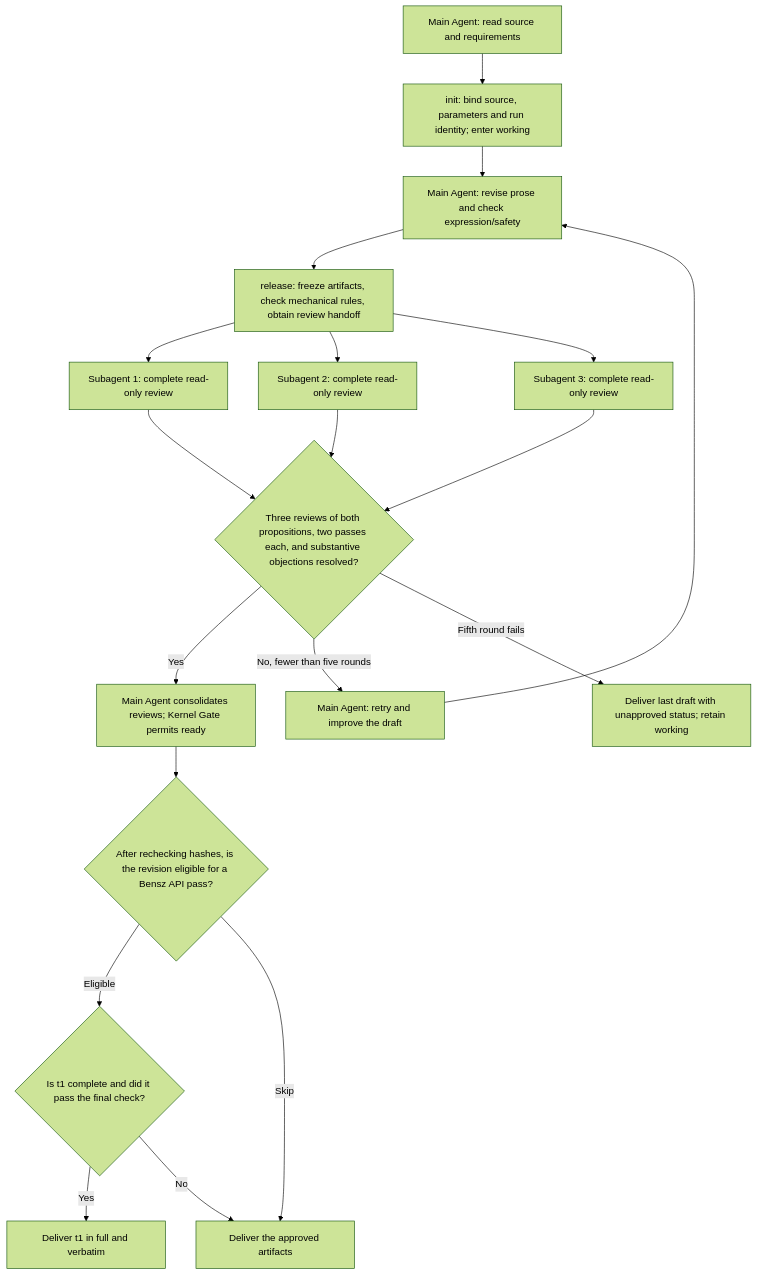
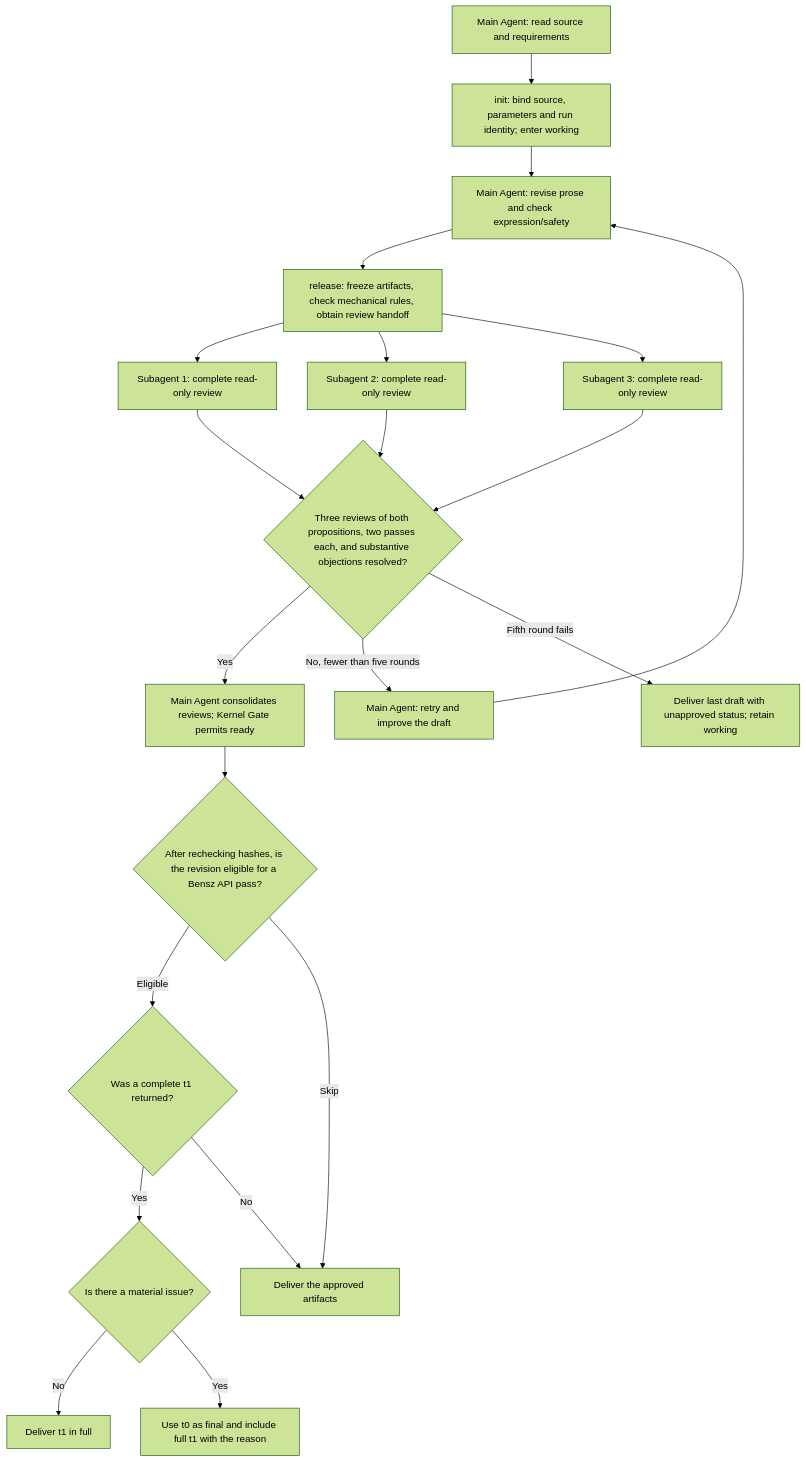
Before and after one commit to huangwb8/skills: the diagram in skills/alpha/humanization/README_EN.md, drawn with Mermaid (forest theme). The commit also changed other lines of this file and 28 other files, not shown here.

````diff
--- a/skills/alpha/humanization/README_EN.md
+++ b/skills/alpha/humanization/README_EN.md
@@ -40,21 +40,23 @@
 ```mermaid
 flowchart TD
     A["Main Agent: read source and requirements"] --> B["init: bind source, parameters and run identity; enter working"]
     B --> C["Main Agent: revise prose and check expression/safety"]
     C --> D["release: freeze artifacts, check mechanical rules, obtain review handoff"]
     D --> R1["Subagent 1: complete read-only review"]
     D --> R2["Subagent 2: complete read-only review"]
     D --> R3["Subagent 3: complete read-only review"]
     R1 --> Q{"Three reviews of both propositions, two passes each, and substantive objections resolved?"}
     R2 --> Q
     R3 --> Q
     Q -->|Yes| G["Main Agent consolidates reviews; Kernel Gate permits ready"]
     G --> F{"After rechecking hashes, is the revision eligible for a Bensz API pass?"}
-    F -->|Eligible| P{"Is t1 complete and did it pass the final check?"}
-    P -->|Yes| T["Deliver t1 in full and verbatim"]
+    F -->|Eligible| P{"Was a complete t1 returned?"}
+    P -->|Yes| V{"Is there a material issue?"}
+    V -->|No| T["Deliver t1 in full"]
+    V -->|Yes| K["Use t0 as final and include full t1 with the reason"]
     F -->|Skip| O["Deliver the approved artifacts"]
     P -->|No| O
     Q -->|No, fewer than five rounds| E["Main Agent: retry and improve the draft"]
     E --> C
     Q -->|Fifth round fails| X["Deliver last draft with unapproved status; retain working"]
 ```
````
